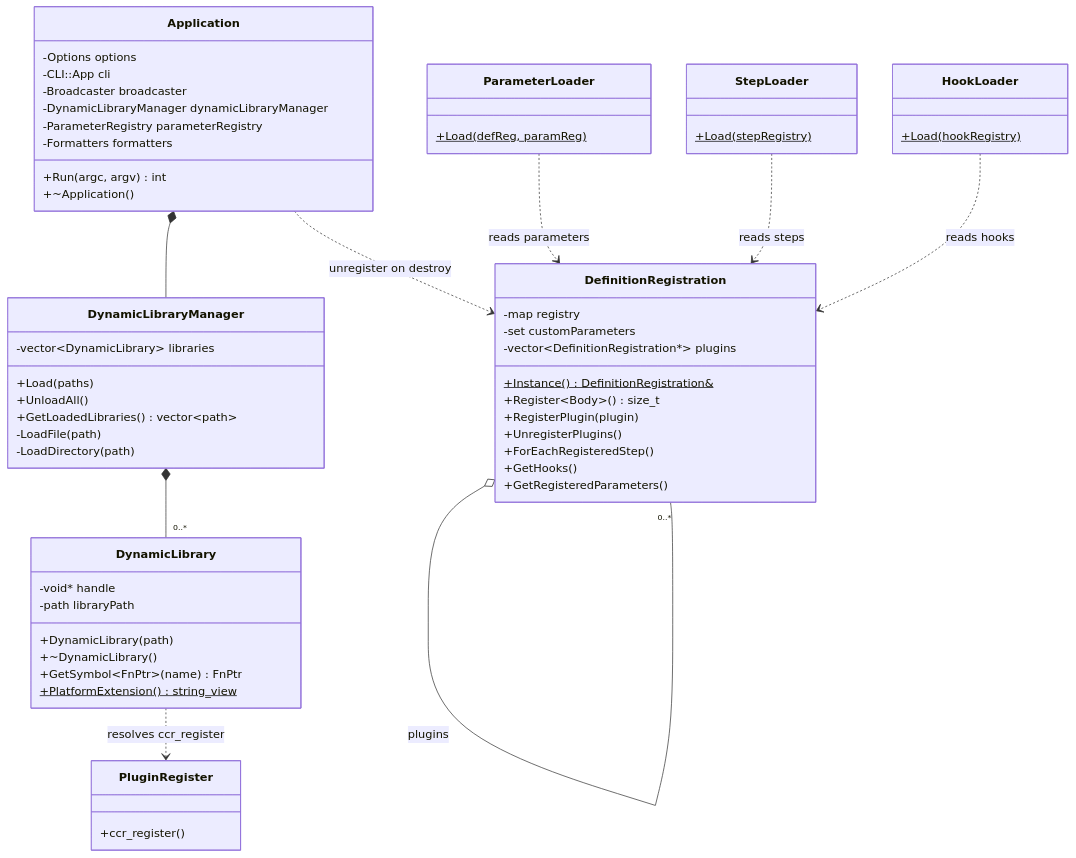
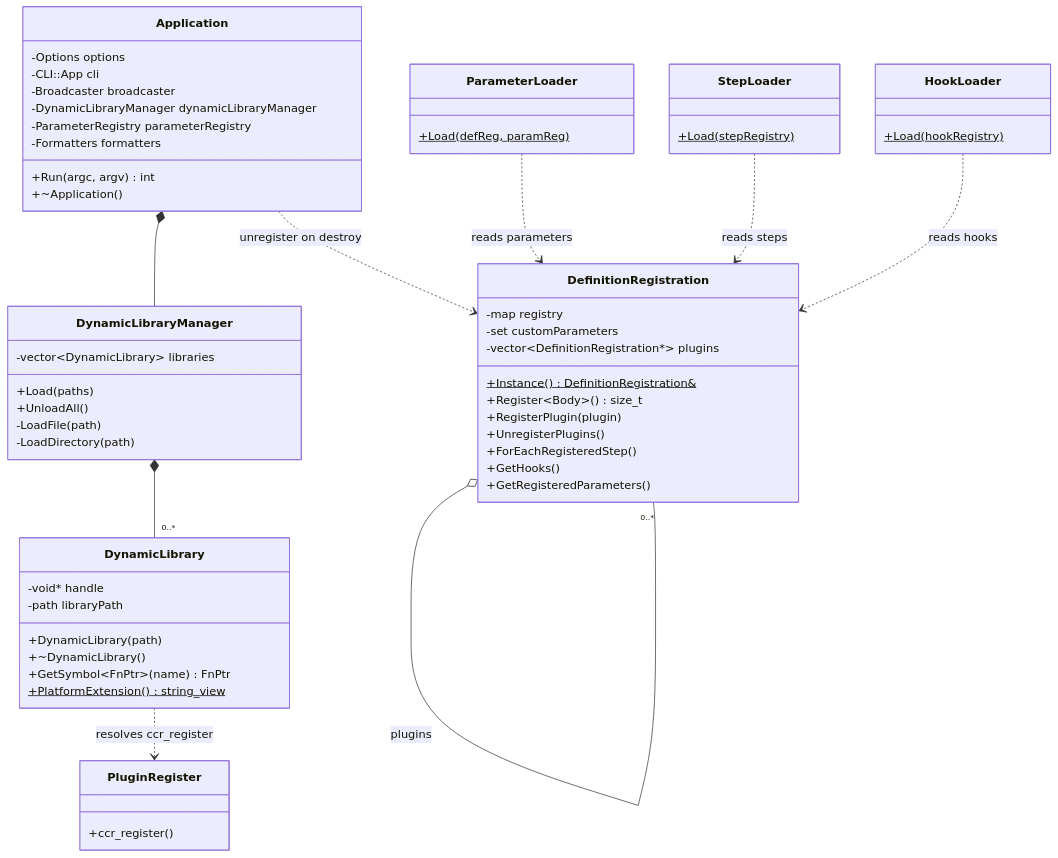
The first of 5 diagrams in cucumber_cpp/library/plugin/PLUGIN_ARCHITECTURE.md (philips-software/amp-cucumber-cpp-runner), drawn with Mermaid before and after one commit. The commit also changed other lines of this file and 2 other files, not shown here.

````diff
--- a/cucumber_cpp/library/plugin/PLUGIN_ARCHITECTURE.md
+++ b/cucumber_cpp/library/plugin/PLUGIN_ARCHITECTURE.md
@@ -31,69 +31,68 @@
 ```mermaid
 classDiagram
     class Application {
         -Options options
         -CLI::App cli
         -Broadcaster broadcaster
         -DynamicLibraryManager dynamicLibraryManager
         -ParameterRegistry parameterRegistry
         -Formatters formatters
         +Run(argc, argv) int
         +~Application()
     }
 
     class DynamicLibraryManager {
         -vector~DynamicLibrary~ libraries
         +Load(paths)
         +UnloadAll()
-        +GetLoadedLibraries() vector~path~
         -LoadFile(path)
         -LoadDirectory(path)
     }
 
     class DynamicLibrary {
         -void* handle
         -path libraryPath
         +DynamicLibrary(path)
         +~DynamicLibrary()
         +GetSymbol~FnPtr~(name) FnPtr
         +PlatformExtension()$ string_view
     }
 
     class DefinitionRegistration {
         -map registry
         -set customParameters
         -vector~DefinitionRegistration*~ plugins
         +Instance()$ DefinitionRegistration&
         +Register~Body~() size_t
         +RegisterPlugin(plugin)
         +UnregisterPlugins()
         +ForEachRegisteredStep()
         +GetHooks()
         +GetRegisteredParameters()
     }
 
     class ParameterLoader {
         +Load(defReg, paramReg)$
     }
 
     class StepLoader {
         +Load(stepRegistry)$
     }
 
     class HookLoader {
         +Load(hookRegistry)$
     }
 
     class PluginRegister {
         +ccr_register()
     }
 
     Application *-- DynamicLibraryManager
     DynamicLibraryManager *-- "0..*" DynamicLibrary
     DynamicLibrary ..> PluginRegister : resolves ccr_register
     Application ..> DefinitionRegistration : unregister on destroy
     DefinitionRegistration o-- "0..*" DefinitionRegistration : plugins
     ParameterLoader ..> DefinitionRegistration : reads parameters
     StepLoader ..> DefinitionRegistration : reads steps
     HookLoader ..> DefinitionRegistration : reads hooks
 ```
````
